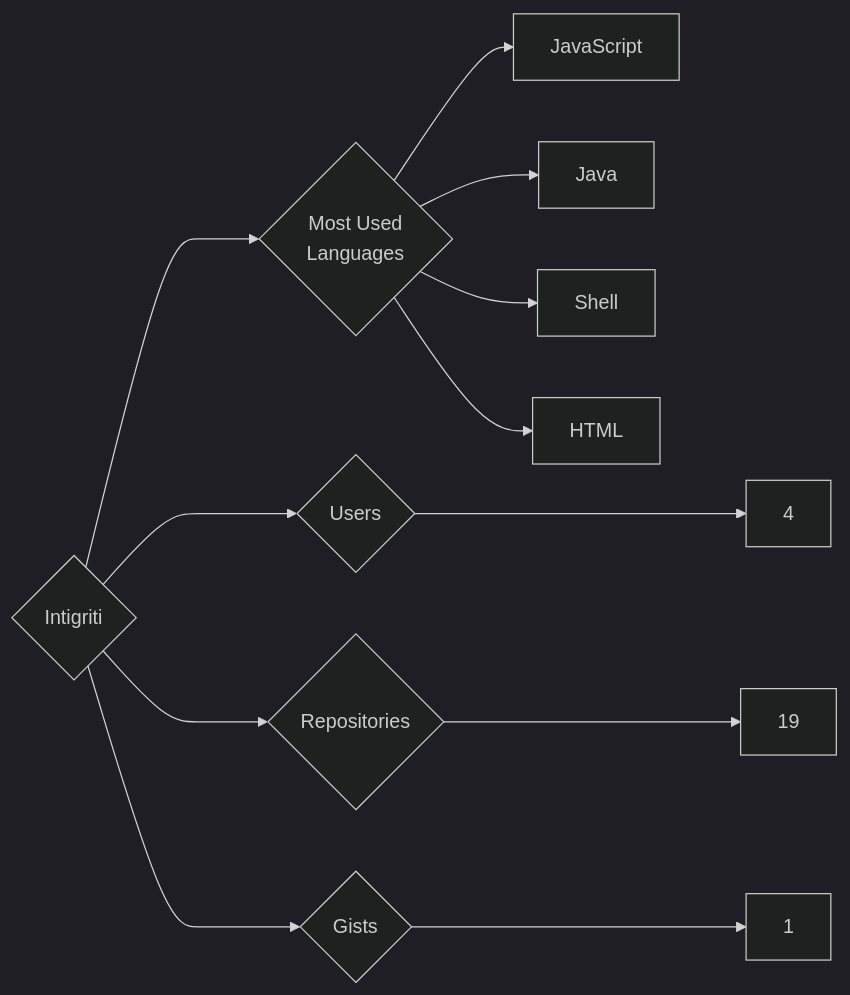
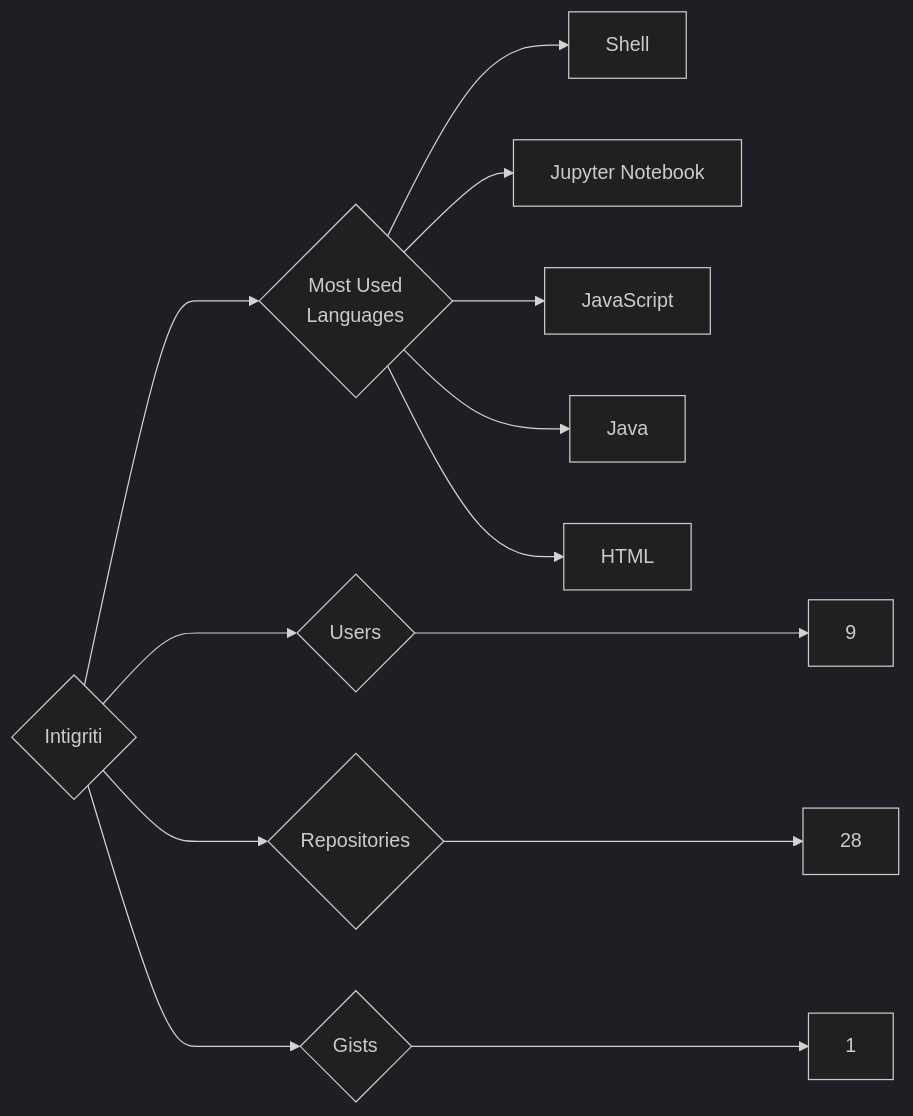
Before and after one commit to trickest/insiders: the diagram in targets/Intigriti/README.md, drawn with Mermaid (dark theme). The commit also changed 912 other files, not shown here.

````diff
--- a/targets/Intigriti/README.md
+++ b/targets/Intigriti/README.md
@@ -3,12 +3,13 @@
 ```mermaid
 graph LR
 COMPANY_NAME{Intigriti}
-COMPANY_NAME ---> U{Users} ---> UN[4]
-COMPANY_NAME ---> R{Repositories} ---> RN[19]
+COMPANY_NAME ---> U{Users} ---> UN[9]
+COMPANY_NAME ---> R{Repositories} ---> RN[28]
 COMPANY_NAME ---> G{Gists} ---> GN[1]
 COMPANY_NAME ---> ML{Most Used<br>Languages}
+ML --> Shell[Shell]
+ML --> Jupyter_Notebook[Jupyter Notebook]
 ML --> JavaScript[JavaScript]
 ML --> Java[Java]
-ML --> Shell[Shell]
 ML --> HTML[HTML]
 ```
````
